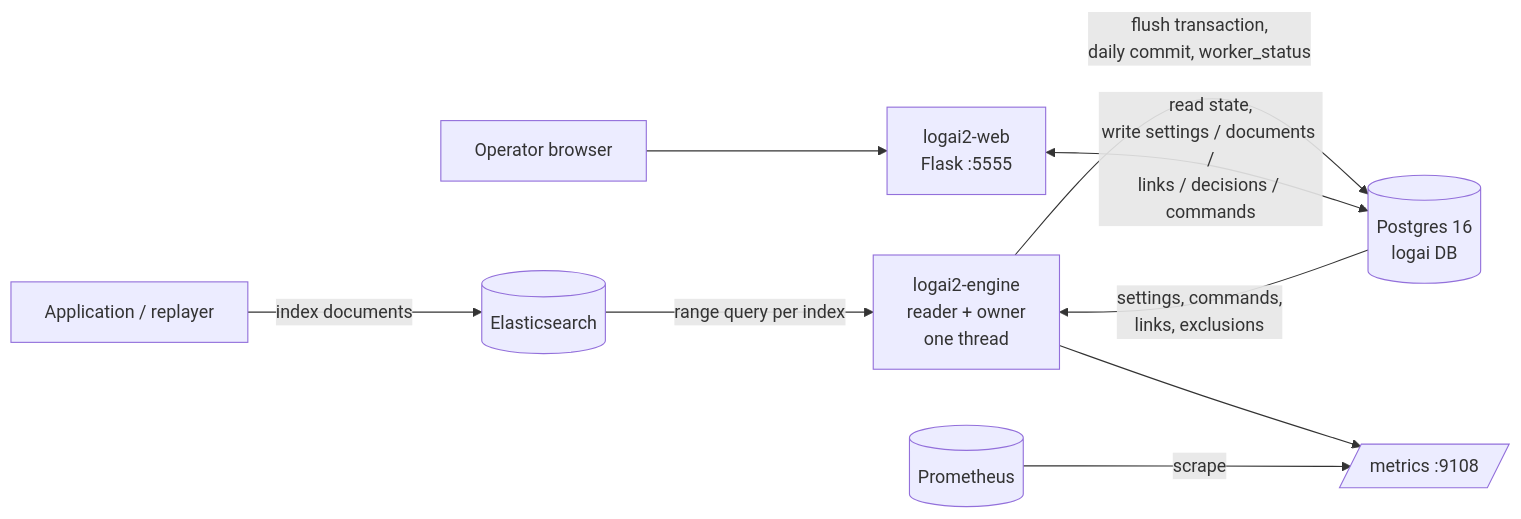
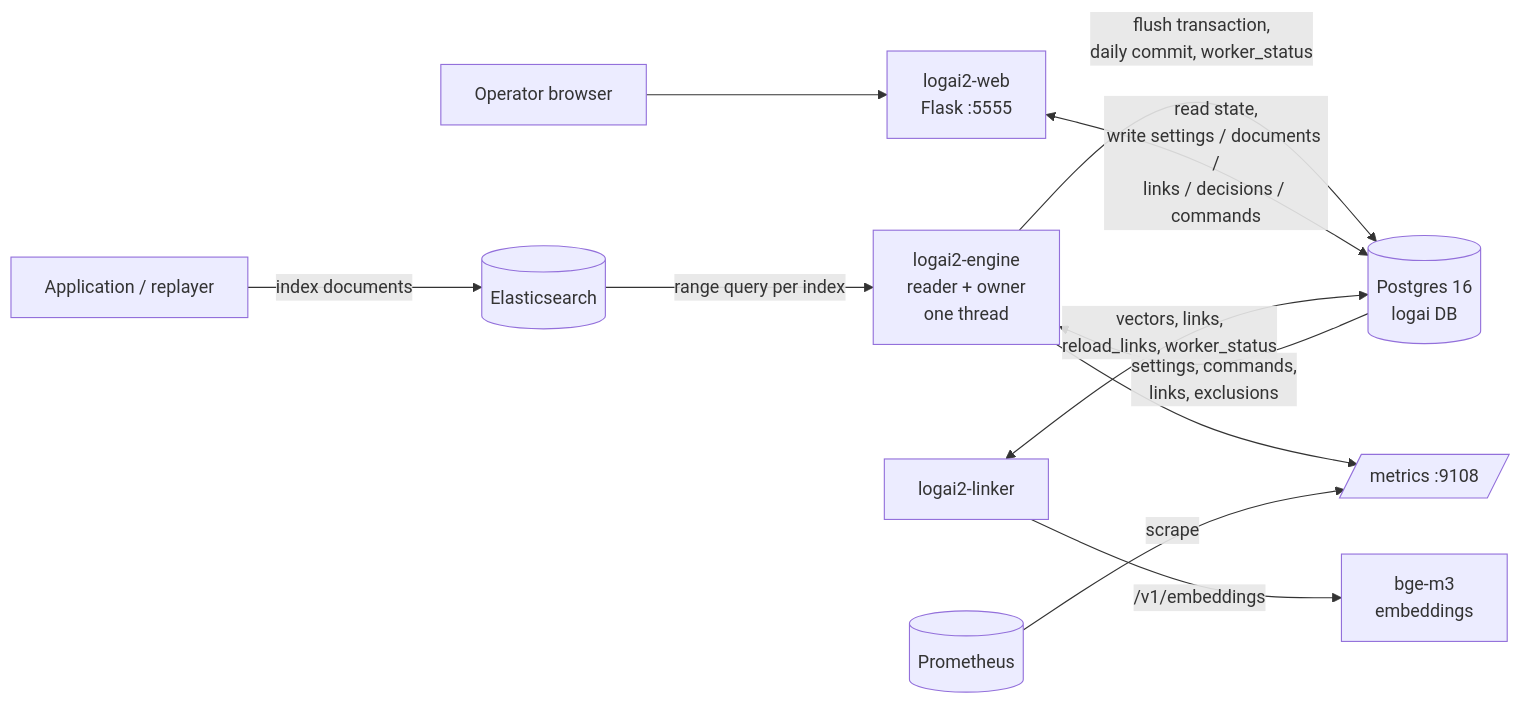
Before and after one commit to Cong123z/LogAi: the diagram in ARCHITECTURE.md, drawn with Mermaid. The commit also changed other lines of this file and 3 other files, not shown here.

Commit message:
Docs for layered document links (Phase A): linker process, ERROR/Handling, link sources, API

````diff
--- a/ARCHITECTURE.md
+++ b/ARCHITECTURE.md
@@ -54,20 +61,24 @@
 ```mermaid
 flowchart LR
     APP[Application / replayer]
     ES[(Elasticsearch)]
     ENG[logai2-engine<br/>reader + owner<br/>one thread]
     PG[(Postgres 16<br/>logai DB)]
     WEB[logai2-web<br/>Flask :5555]
     MET[/metrics :9108/]
     PROM[(Prometheus)]
     USER[Operator browser]
+    LNK[logai2-linker]
+    EMB[bge-m3<br/>embeddings]
 
     APP -->|index documents| ES
     ES -->|range query per index| ENG
     ENG -->|flush transaction,<br/>daily commit, worker_status| PG
     PG -->|settings, commands,<br/>links, exclusions| ENG
     WEB <-->|read state,<br/>write settings / documents /<br/>links / decisions / commands| PG
     ENG --> MET
     PROM -->|scrape| MET
     USER --> WEB
+    LNK <-->|vectors, links,<br/>reload_links, worker_status| PG
+    LNK -->|/v1/embeddings| EMB
 ```
````
